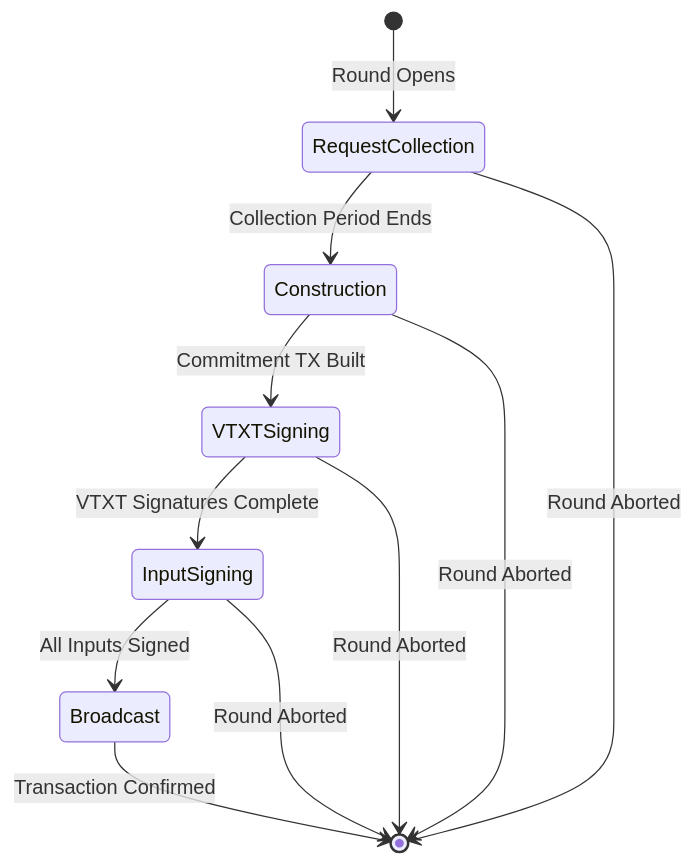
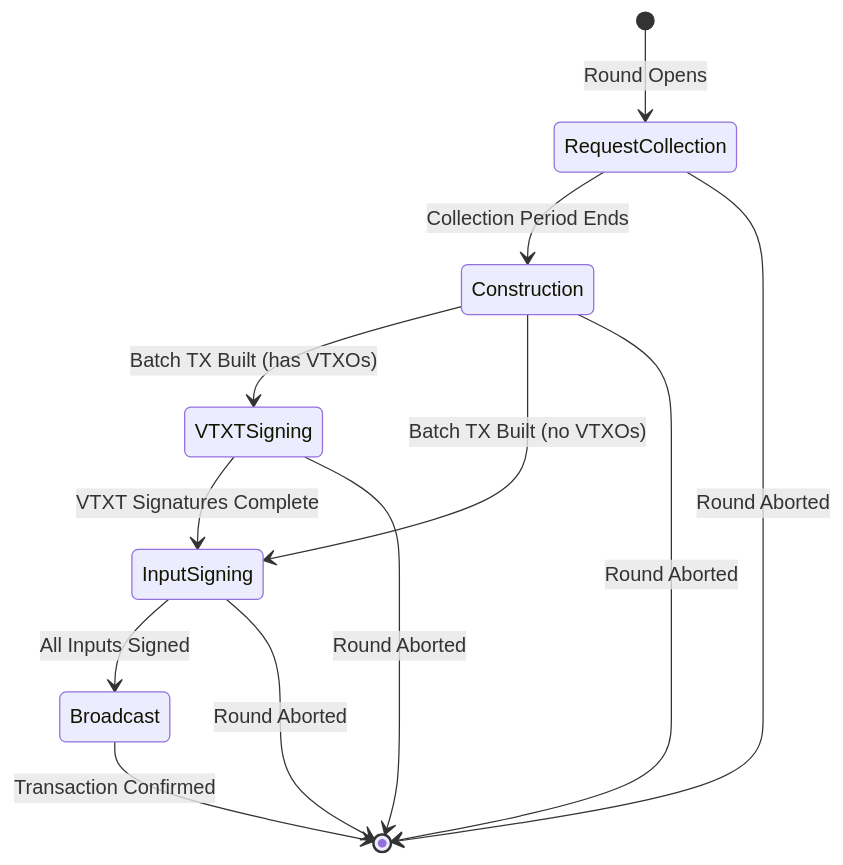
One commit to lightninglabs/wavelength changed the first of 7 diagrams in docs/ark-specs/ARK-02-rounds.md. Above: the diagram before and after it, drawn with Mermaid. The commit also changed other lines of this file and 6 other files, not shown here.

````diff
--- a/docs/ark-specs/ARK-02-rounds.md
+++ b/docs/ark-specs/ARK-02-rounds.md
@@ -45,19 +45,20 @@
 ```mermaid
 stateDiagram-v2
     [*] --> RequestCollection: Round Opens
 
     RequestCollection --> Construction: Collection Period Ends
 
-    Construction --> VTXTSigning: Commitment TX Built
+    Construction --> VTXTSigning: Batch TX Built (has VTXOs)
+    Construction --> InputSigning: Batch TX Built (no VTXOs)
 
     VTXTSigning --> InputSigning: VTXT Signatures Complete
 
     InputSigning --> Broadcast: All Inputs Signed
 
     Broadcast --> [*]: Transaction Confirmed
 
     RequestCollection --> [*]: Round Aborted
     Construction --> [*]: Round Aborted
     VTXTSigning --> [*]: Round Aborted
     InputSigning --> [*]: Round Aborted
 ```
````
